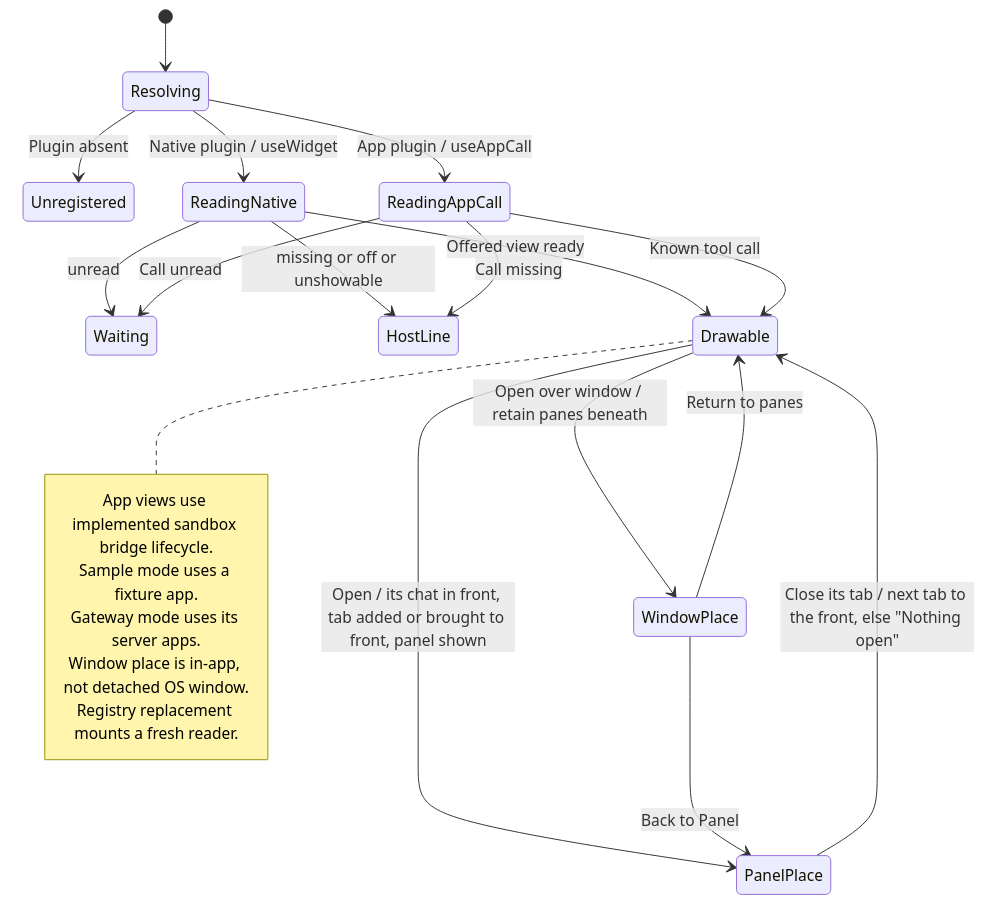
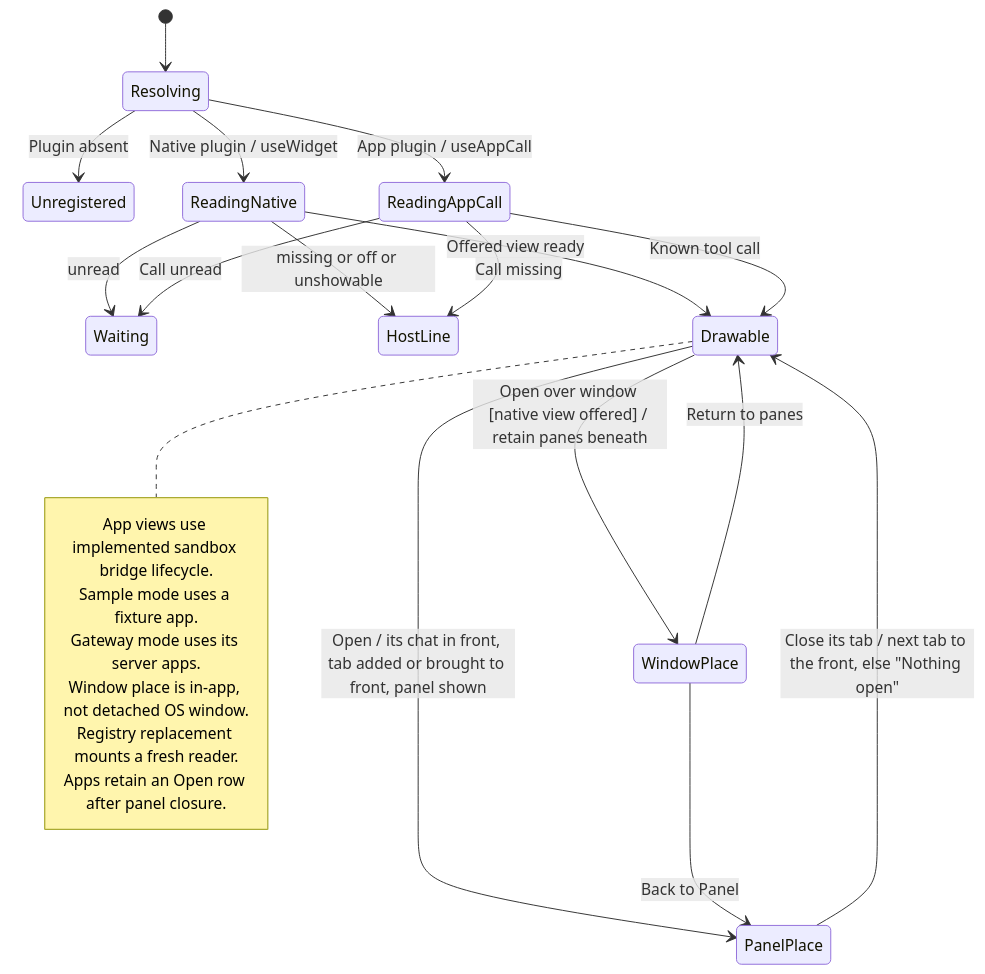
One commit to nessalabs/nessa-agent changed the diagram in docs/state/services/desktop/workspace/open-a-widget-inline-in-the-panel-or-over-the-window.md. Above: the diagram before and after it, drawn with Mermaid. The commit also changed other lines of this file and 9 other files, not shown here.

First line of the commit message:
apps: reply before opening retires the view

````diff
--- a/docs/state/services/desktop/workspace/open-a-widget-inline-in-the-panel-or-over-the-window.md
+++ b/docs/state/services/desktop/workspace/open-a-widget-inline-in-the-panel-or-over-the-window.md
@@ -44,25 +51,26 @@
 ```mermaid
 stateDiagram-v2
     [*] --> Resolving
     Resolving --> Unregistered: Plugin absent
     Resolving --> ReadingNative: Native plugin / useWidget
     Resolving --> ReadingAppCall: App plugin / useAppCall
     ReadingNative --> Waiting: unread
     ReadingNative --> HostLine: missing or off or unshowable
     ReadingNative --> Drawable: Offered view ready
     ReadingAppCall --> Waiting: Call unread
     ReadingAppCall --> HostLine: Call missing
     ReadingAppCall --> Drawable: Known tool call
     Drawable --> PanelPlace: Open / its chat in front, tab added or brought to front, panel shown
     PanelPlace --> Drawable: Close its tab / next tab to the front, else "Nothing open"
-    Drawable --> WindowPlace: Open over window / retain panes beneath
+    Drawable --> WindowPlace: Open over window [native view offered] / retain panes beneath
     WindowPlace --> Drawable: Return to panes
     WindowPlace --> PanelPlace: Back to Panel
     note right of Drawable
         App views use implemented sandbox bridge lifecycle.
         Sample mode uses a fixture app.
         Gateway mode uses its server apps.
         Window place is in-app, not detached OS window.
         Registry replacement mounts a fresh reader.
+        Apps retain an Open row after panel closure.
     end note
 ```
````
